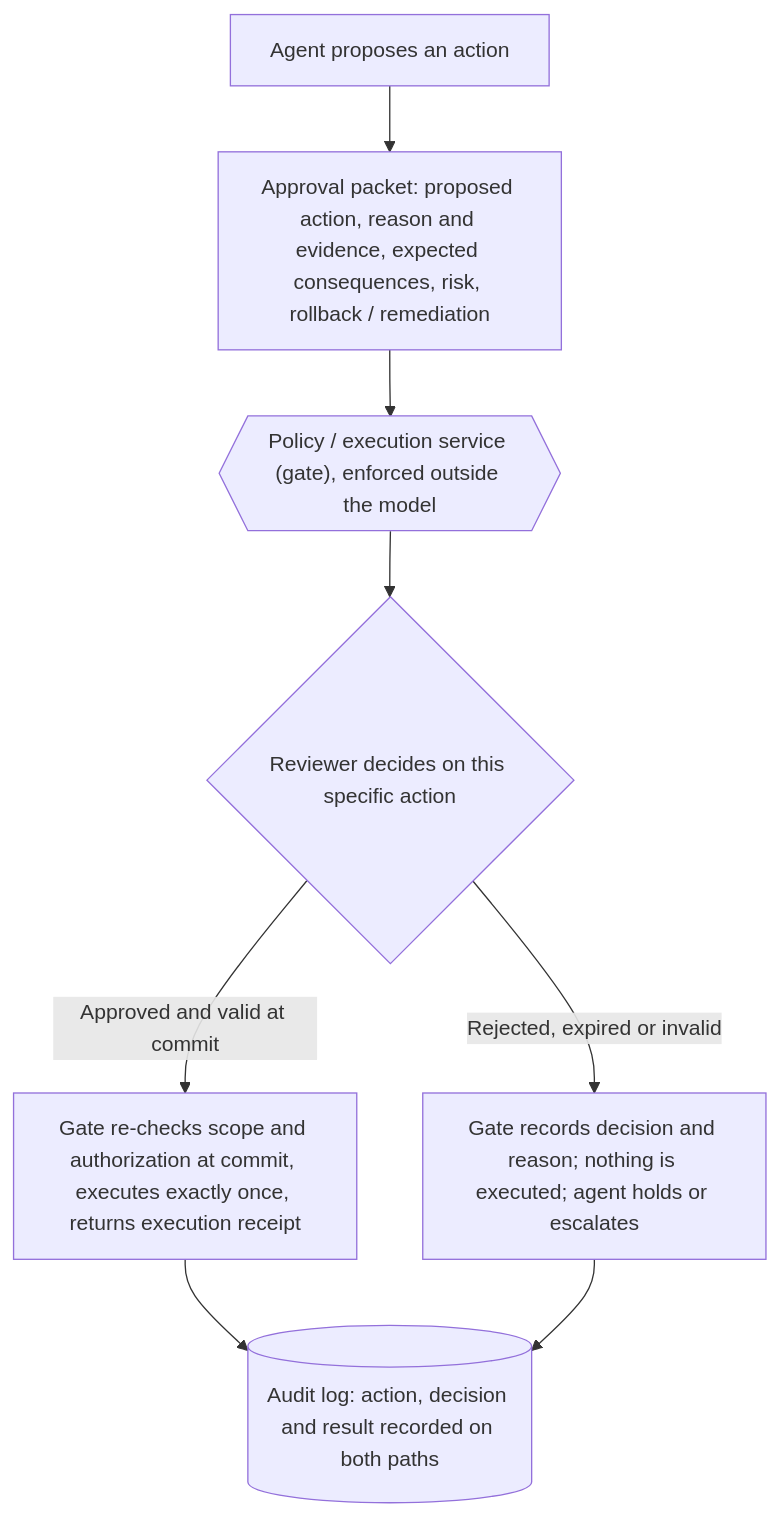
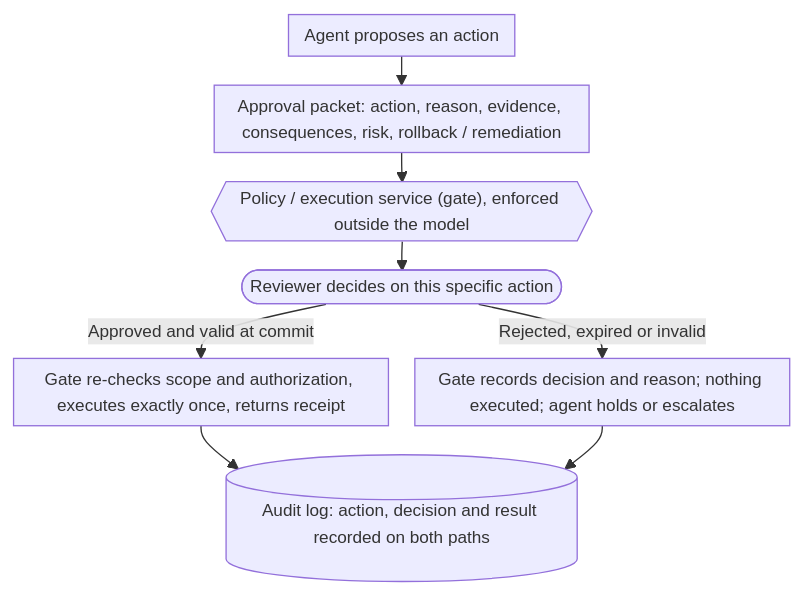
One commit to raoulbia-ai/agentic-ai-engineering-framework changed the second of 2 diagrams in skill/references/02-build.md. Above: the diagram before and after it, drawn with Mermaid. The commit also changed other lines of this file and 4 other files, not shown here.

Commit message:
Make flowcharts more compact: uniform font and spacing, wrapped labels

````diff
--- a/skill/references/02-build.md
+++ b/skill/references/02-build.md
@@ -55,10 +56,11 @@
 ```mermaid
+%%{init: {"flowchart": {"nodeSpacing": 20, "rankSpacing": 22, "padding": 6, "wrappingWidth": 260}, "themeVariables": {"fontSize": "13px"}}}%%
 flowchart TD
-    A[Agent proposes an action] --> P["Approval packet: proposed action, reason and evidence, expected consequences, risk, rollback / remediation"]
+    A[Agent proposes an action] --> P["Approval packet: action, reason, evidence, consequences, risk, rollback / remediation"]
     P --> G{{"Policy / execution service (gate), enforced outside the model"}}
-    G --> R{Reviewer decides on this specific action}
-    R -->|Approved and valid at commit| Y["Gate re-checks scope and authorization at commit, executes exactly once, returns execution receipt"]
-    R -->|Rejected, expired or invalid| N["Gate records decision and reason; nothing is executed; agent holds or escalates"]
+    G --> R([Reviewer decides on this specific action])
+    R -->|Approved and valid at commit| Y["Gate re-checks scope and authorization, executes exactly once, returns receipt"]
+    R -->|Rejected, expired or invalid| N["Gate records decision and reason; nothing executed; agent holds or escalates"]
     Y --> L[(Audit log: action, decision and result recorded on both paths)]
     N --> L
 ```
````
